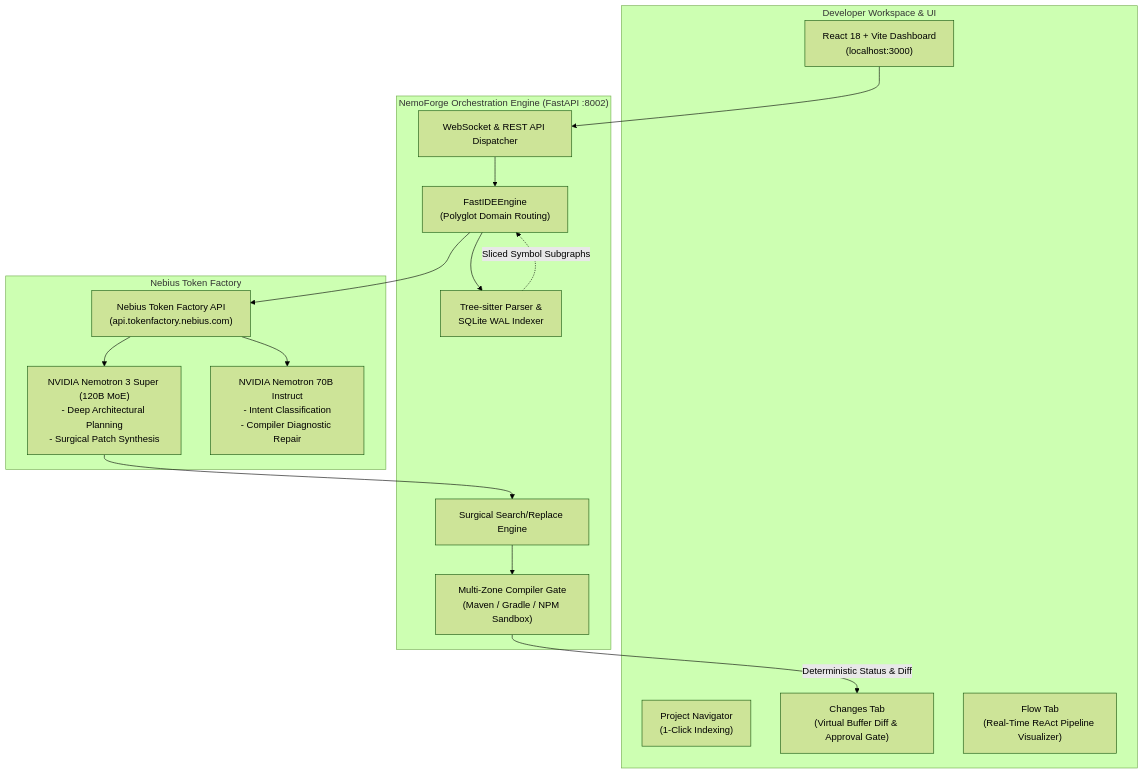
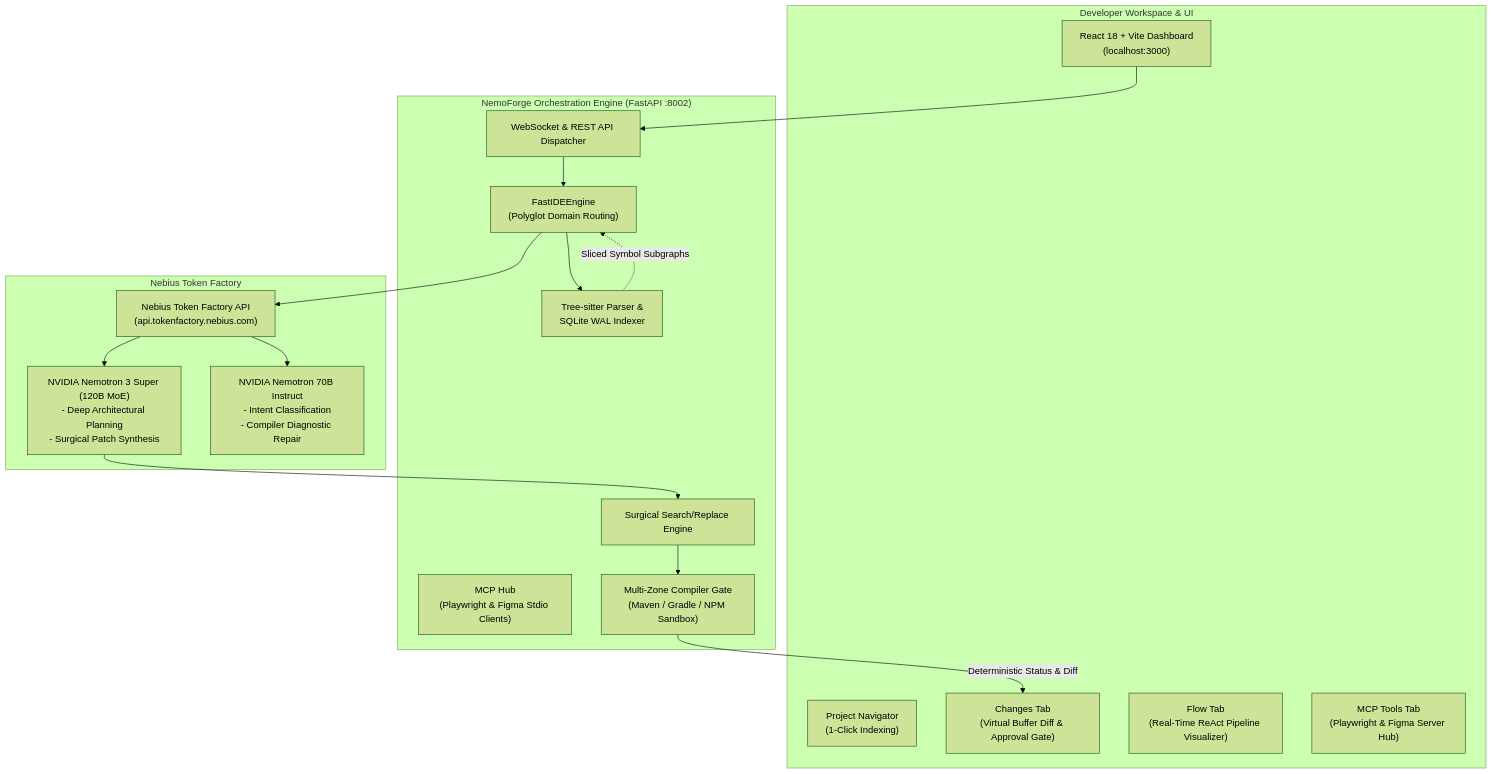
The diagram in README.md (DeepakMadgani/NemoForge), drawn with Mermaid (forest theme) before and after one commit. The commit also changed other lines of this file, not shown here.

Commit message:
docs: add Model Context Protocol (MCP) Hub and tools architecture to README

````diff
--- a/README.md
+++ b/README.md
@@ -114,34 +121,36 @@
 ```mermaid
 flowchart TD
     subgraph Client ["Developer Workspace & UI"]
         UI["React 18 + Vite Dashboard\n(localhost:3000)"]
         Sidebar["Project Navigator\n(1-Click Indexing)"]
         ChangesTab["Changes Tab\n(Virtual Buffer Diff & Approval Gate)"]
         FlowTab["Flow Tab\n(Real-Time ReAct Pipeline Visualizer)"]
+        MCPTab["MCP Tools Tab\n(Playwright & Figma Server Hub)"]
     end
 
     subgraph Backend ["NemoForge Orchestration Engine (FastAPI :8002)"]
         Router["WebSocket & REST API Dispatcher"]
         Engine["FastIDEEngine\n(Polyglot Domain Routing)"]
         AST["Tree-sitter Parser &\nSQLite WAL Indexer"]
+        MCPHub["MCP Hub\n(Playwright & Figma Stdio Clients)"]
         PatchEngine["Surgical Search/Replace Engine"]
         CompilerGate["Multi-Zone Compiler Gate\n(Maven / Gradle / NPM Sandbox)"]
     end
 
     subgraph Nebius ["Nebius Token Factory"]
         API["Nebius Token Factory API\n(api.tokenfactory.nebius.com)"]
         Nemotron120B["NVIDIA Nemotron 3 Super (120B MoE)\n- Deep Architectural Planning\n- Surgical Patch Synthesis"]
         Nemotron70B["NVIDIA Nemotron 70B Instruct\n- Intent Classification\n- Compiler Diagnostic Repair"]
     end
 
     UI --> Router
     Router --> Engine
     Engine --> AST
     AST -.-> |Sliced Symbol Subgraphs| Engine
     Engine --> API
     API --> Nemotron120B
     API --> Nemotron70B
     Nemotron120B --> PatchEngine
     PatchEngine --> CompilerGate
     CompilerGate --> |Deterministic Status & Diff| ChangesTab
 ```
````
